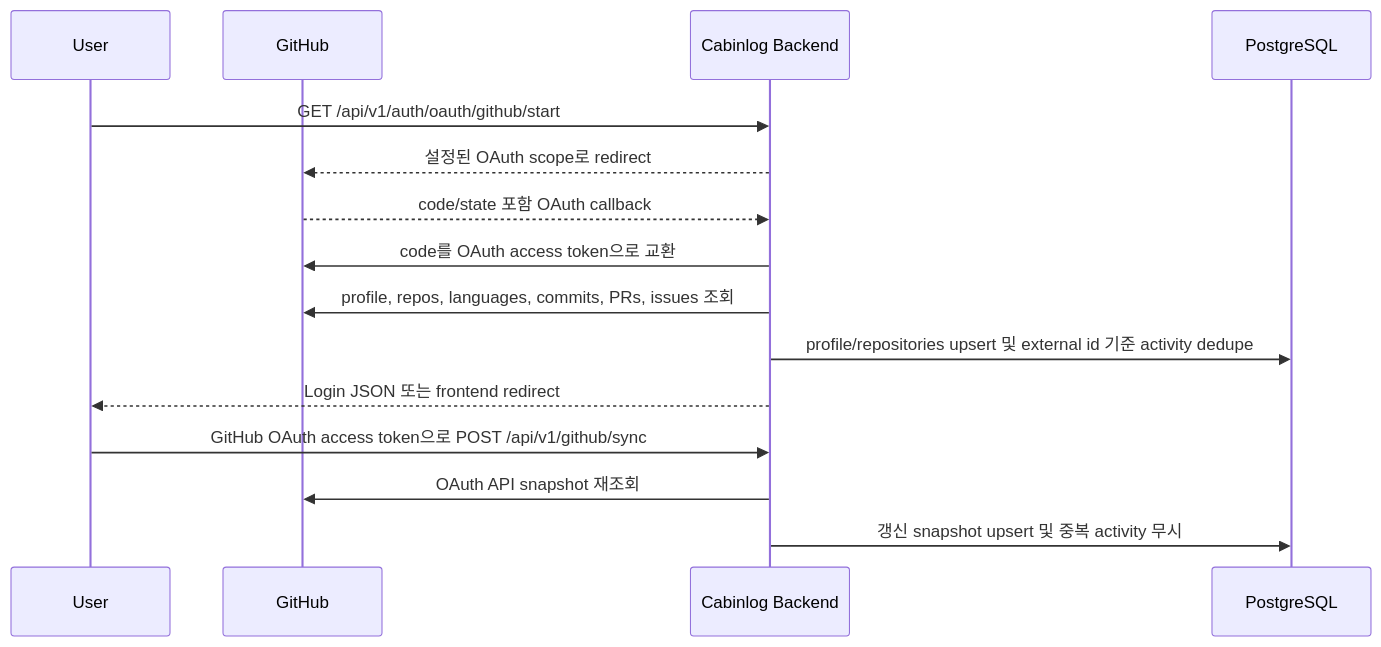
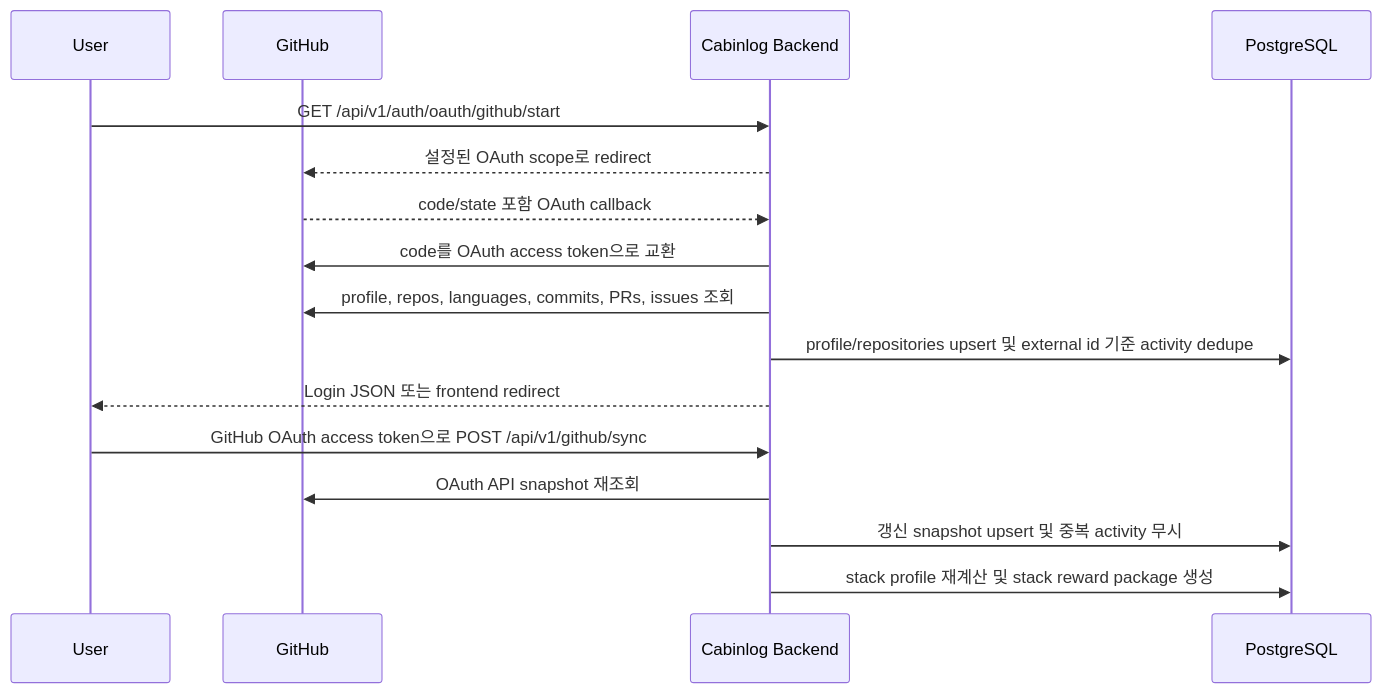
The second of 3 diagrams in notes/ko/backend/README.md (cabin-log/cabin-log), drawn with Mermaid before and after one commit. The commit also changed other lines of this file and 17 other files, not shown here.

First line of the commit message:
feat(game): add stack reward package foundation

````diff
--- a/notes/ko/backend/README.md
+++ b/notes/ko/backend/README.md
@@ -83,18 +91,19 @@
 ```mermaid
 sequenceDiagram
     participant User
     participant GitHub
     participant API as Cabinlog Backend
     participant DB as PostgreSQL
 
     User->>API: GET /api/v1/auth/oauth/github/start
     API-->>GitHub: 설정된 OAuth scope로 redirect
     GitHub-->>API: code/state 포함 OAuth callback
     API->>GitHub: code를 OAuth access token으로 교환
     API->>GitHub: profile, repos, languages, commits, PRs, issues 조회
     API->>DB: profile/repositories upsert 및 external id 기준 activity dedupe
     API-->>User: Login JSON 또는 frontend redirect
     User->>API: GitHub OAuth access token으로 POST /api/v1/github/sync
     API->>GitHub: OAuth API snapshot 재조회
     API->>DB: 갱신 snapshot upsert 및 중복 activity 무시
+    API->>DB: stack profile 재계산 및 stack reward package 생성
 ```
````
